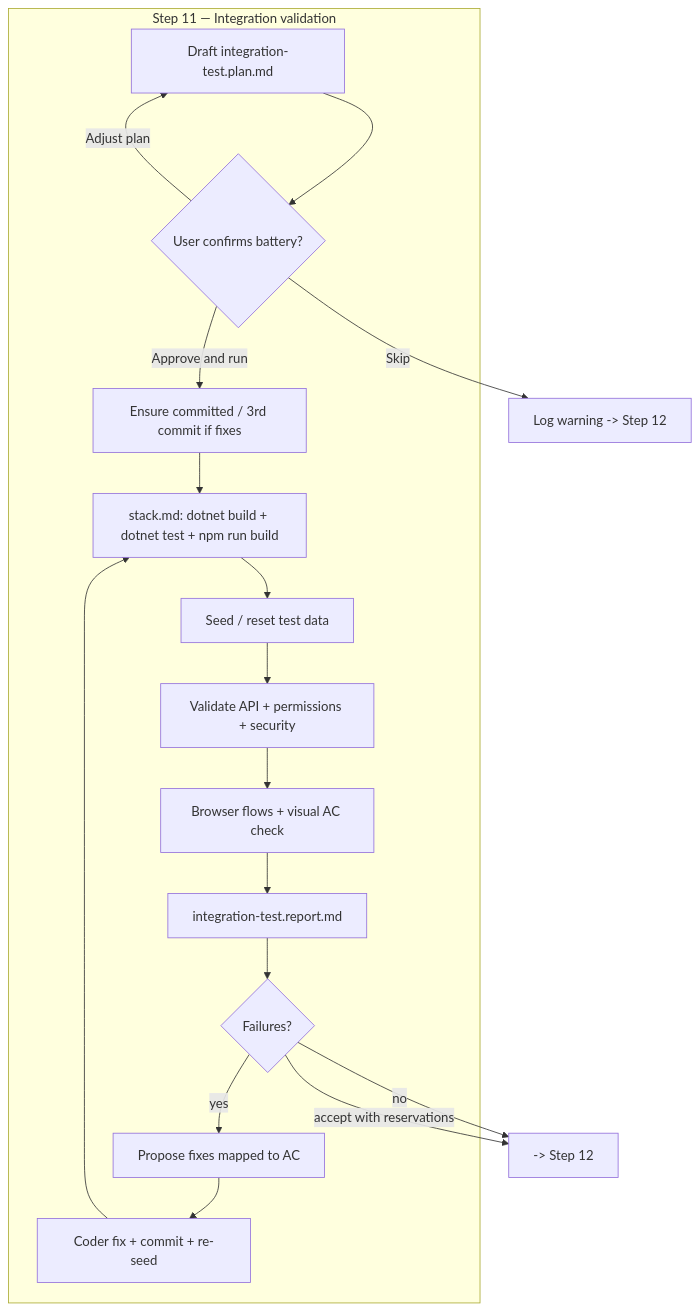
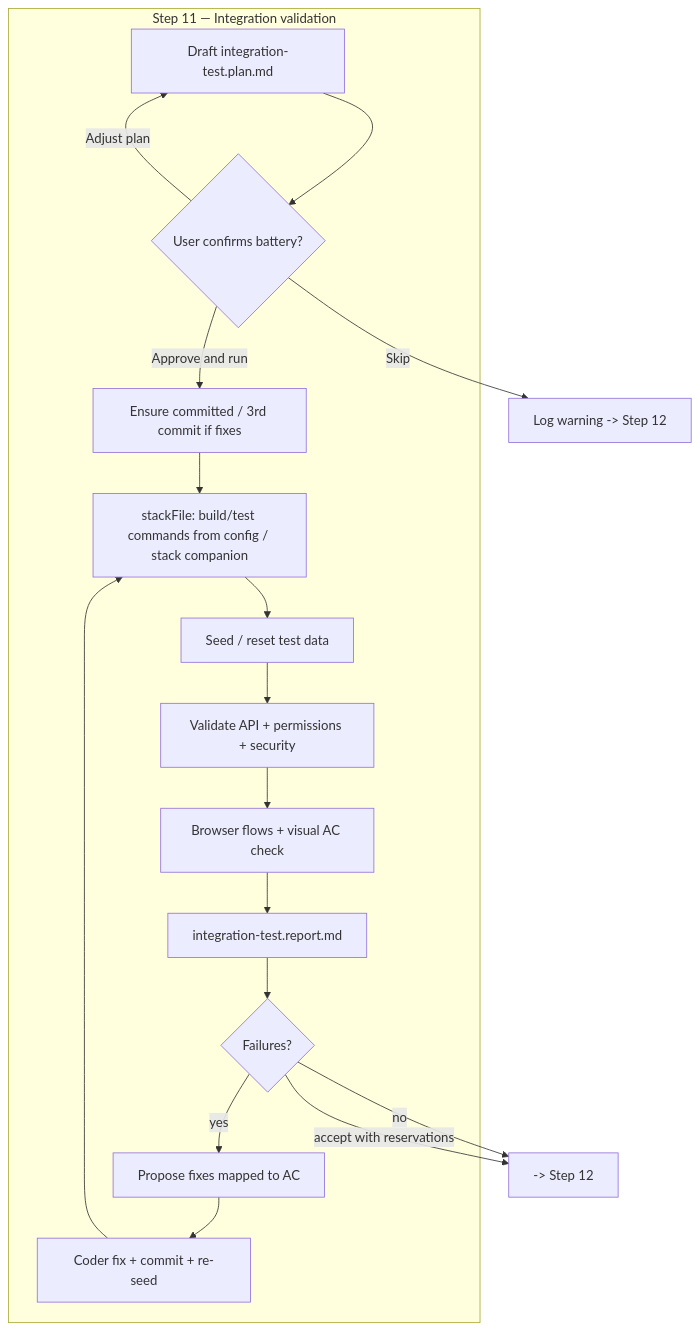
One commit to jpolvora/workflow-skills changed the sixth of 9 diagrams in .agents/skills/spec-to-pr/DIAGRAM.md. Above: the diagram before and after it, drawn with Mermaid. The commit also changed 4 other files, not shown here.

First line of the commit message:
chore(harness): apply check-harness fixes for LICENSE, cursorrules, ARTIFACTS, DIAGRAM

````diff
--- a/.agents/skills/spec-to-pr/DIAGRAM.md
+++ b/.agents/skills/spec-to-pr/DIAGRAM.md
@@ -283,24 +283,24 @@
 ```mermaid
 flowchart TD
     subgraph S11["Step 11 — Integration validation"]
         PLAN["Draft integration-test.plan.md"]
         CONF{"User confirms battery?"}
         COMMIT["Ensure committed / 3rd commit if fixes"]
-        BUILD["stack.md: dotnet build + dotnet test + npm run build"]
+        BUILD["stackFile: build/test commands from config / stack companion"]
         SEED["Seed / reset test data"]
         API["Validate API + permissions + security"]
         UI["Browser flows + visual AC check"]
         REPORT["integration-test.report.md"]
         FAIL{"Failures?"}
         PROP["Propose fixes mapped to AC"]
         FIX["Coder fix + commit + re-seed"]
     end
 
     PLAN --> CONF
     CONF -->|Approve and run| COMMIT --> BUILD --> SEED --> API --> UI --> REPORT --> FAIL
     CONF -->|Adjust plan| PLAN
     CONF -->|Skip| SKIP["Log warning -> Step 12"]
     FAIL -->|yes| PROP --> FIX --> BUILD
     FAIL -->|no| OK["-> Step 12"]
     FAIL -->|accept with reservations| OK
 ```
````
